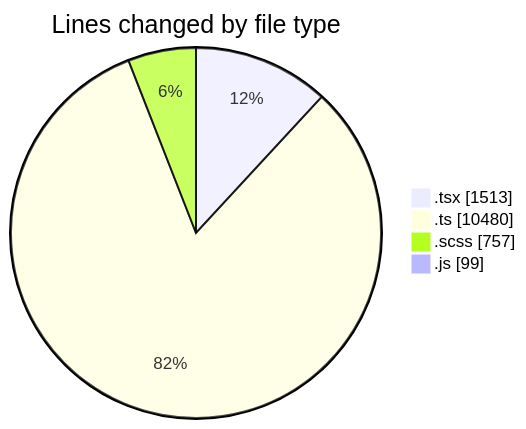
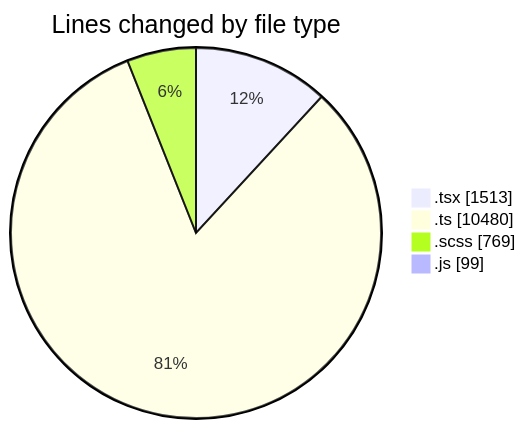
Before and after one commit to momahboobian/code-tracking: the first of 2 diagrams in 2025-03-26/cda/README.md, drawn with Mermaid. The commit also changed other lines of this file and 1 other file, not shown here.

````diff
--- a/2025-03-26/cda/README.md
+++ b/2025-03-26/cda/README.md
@@ -44,8 +44,8 @@
 ```mermaid
 pie showData
 title Lines changed by file type
 ".tsx" : 1513
 ".ts" : 10480
-".scss" : 757
+".scss" : 769
 ".js" : 99
 ```
````
